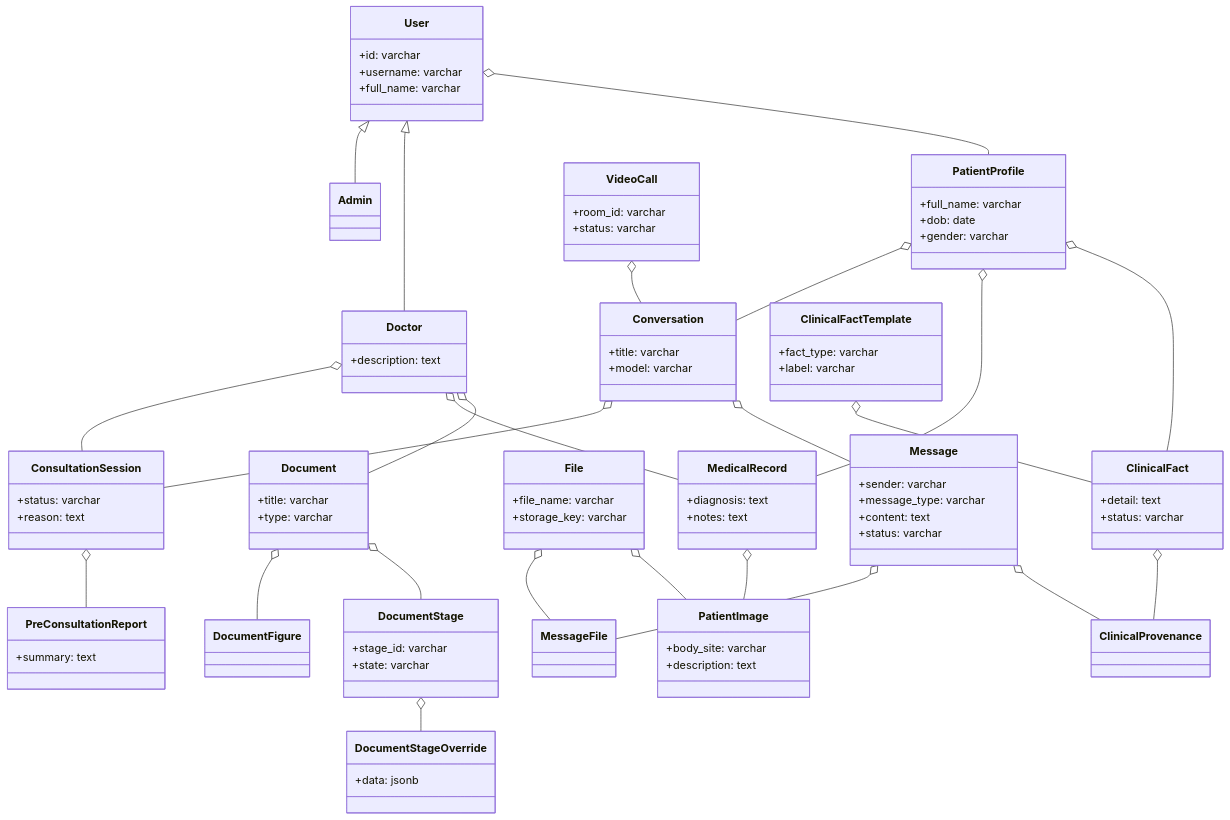
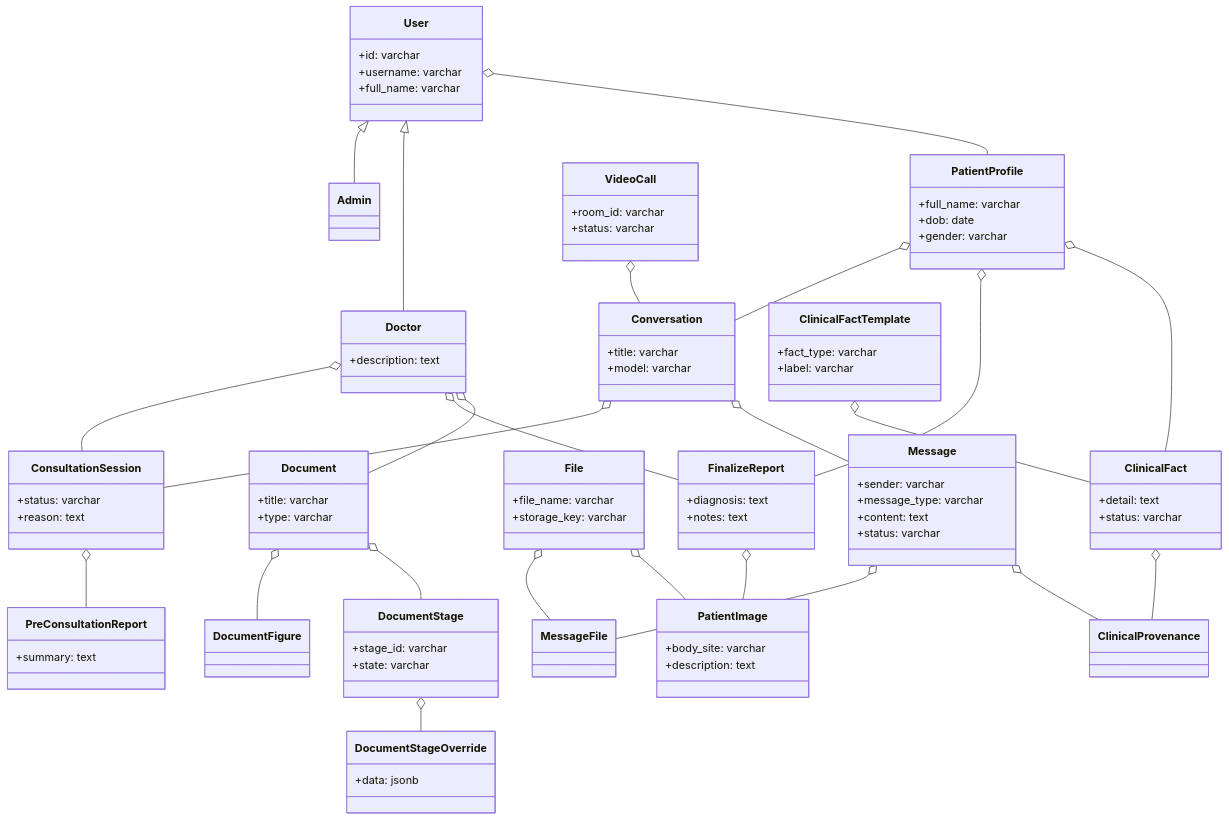
One commit to day-la-hiep/derma_predict changed the diagram in thi_t_k_database.md. Above: the diagram before and after it, drawn with Mermaid. The commit also changed other lines of this file and 57 other files, not shown here.

First line of the commit message:
refactor: medical record to finalize report, index reports into Qdrant for search

```diff
--- a/thi_t_k_database.md
+++ b/thi_t_k_database.md
@@ -67,8 +67,8 @@
     Message o-- MessageFile
     File o-- MessageFile
 
-    %% Medical Records
-    class MedicalRecord {
+    %% Finalize Reports
+    class FinalizeReport {
         +diagnosis: text
         +notes: text
     }
@@ -76,10 +76,10 @@
         +body_site: varchar
         +description: text
     }
-    MedicalRecord o-- PatientImage
+    FinalizeReport o-- PatientImage
     File o-- PatientImage
-    PatientProfile o-- MedicalRecord
-    Doctor o-- MedicalRecord
+    PatientProfile o-- FinalizeReport
+    Doctor o-- FinalizeReport
 
     %% Clinical Facts
     class ClinicalFactTemplate {
```
